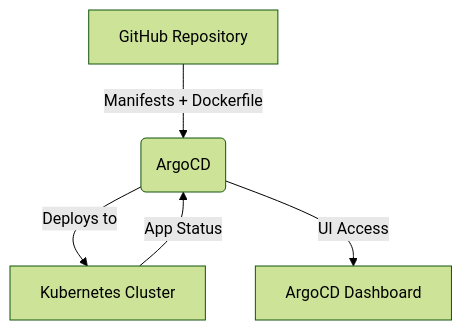
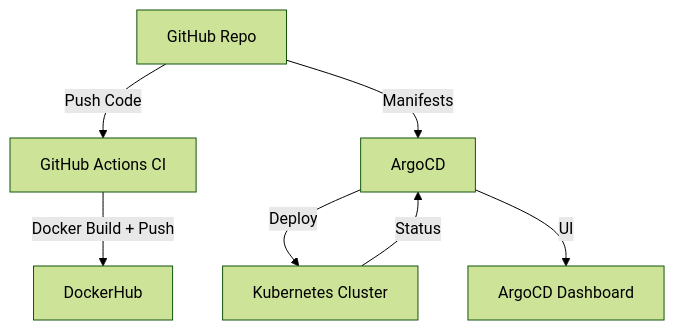
The diagram in README.md (Manoj-kumar423/GitOps), drawn with Mermaid (forest theme) before and after one commit. The commit also changed other lines of this file, not shown here.

````diff
--- a/README.md
+++ b/README.md
@@ -49,7 +53,9 @@
 ```mermaid
 graph TD
-    A[GitHub Repository] -->|Manifests + Dockerfile| B(ArgoCD)
-    B -->|Deploys to| C[Kubernetes Cluster]
-    C -->|App Status| B
-    B -->|UI Access| D[ArgoCD Dashboard]
+    A[GitHub Repo] -->|Push Code| B[GitHub Actions CI]
+    B -->|Docker Build + Push| C[DockerHub]
+    A -->|Manifests| D[ArgoCD]
+    D -->|Deploy| E[Kubernetes Cluster]
+    E -->|Status| D
+    D -->|UI| F[ArgoCD Dashboard]
 ```
````
